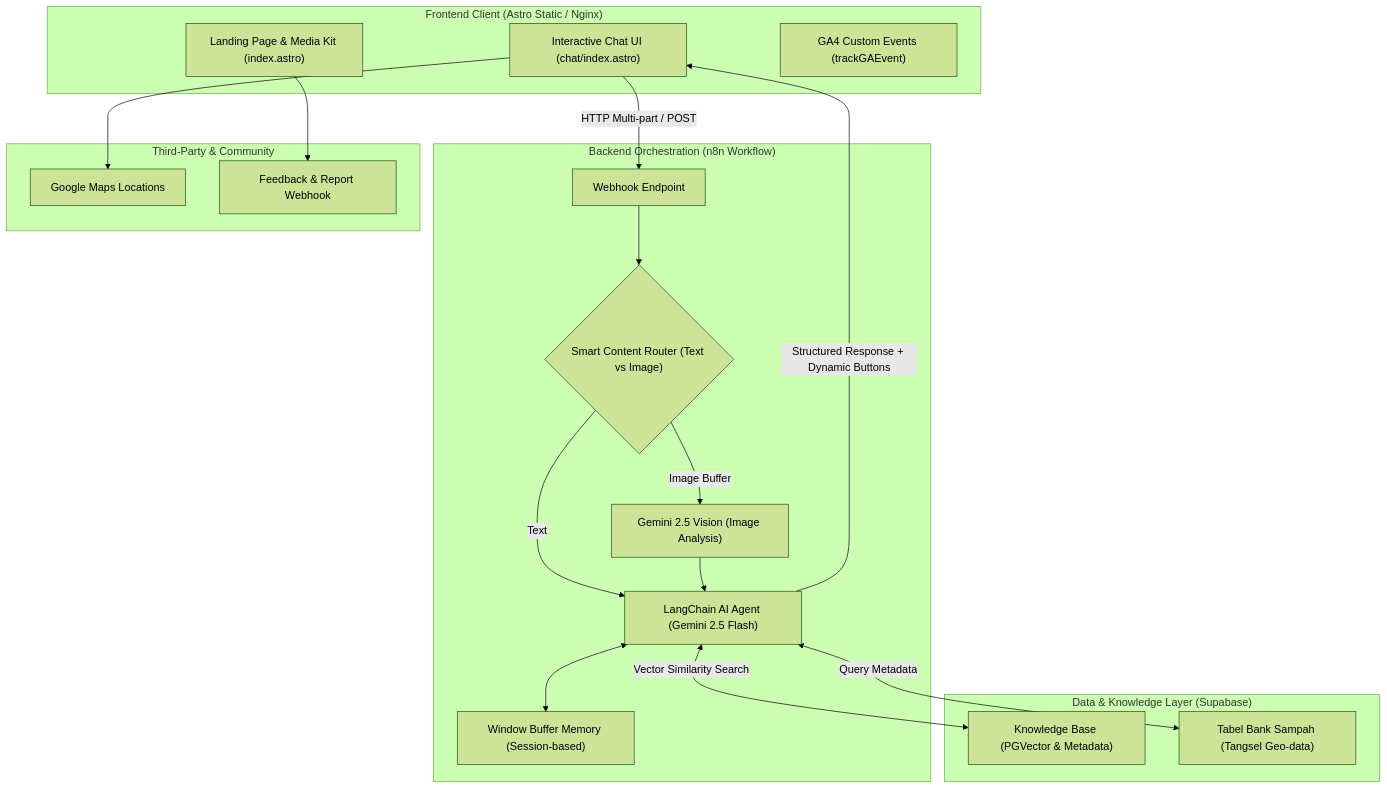
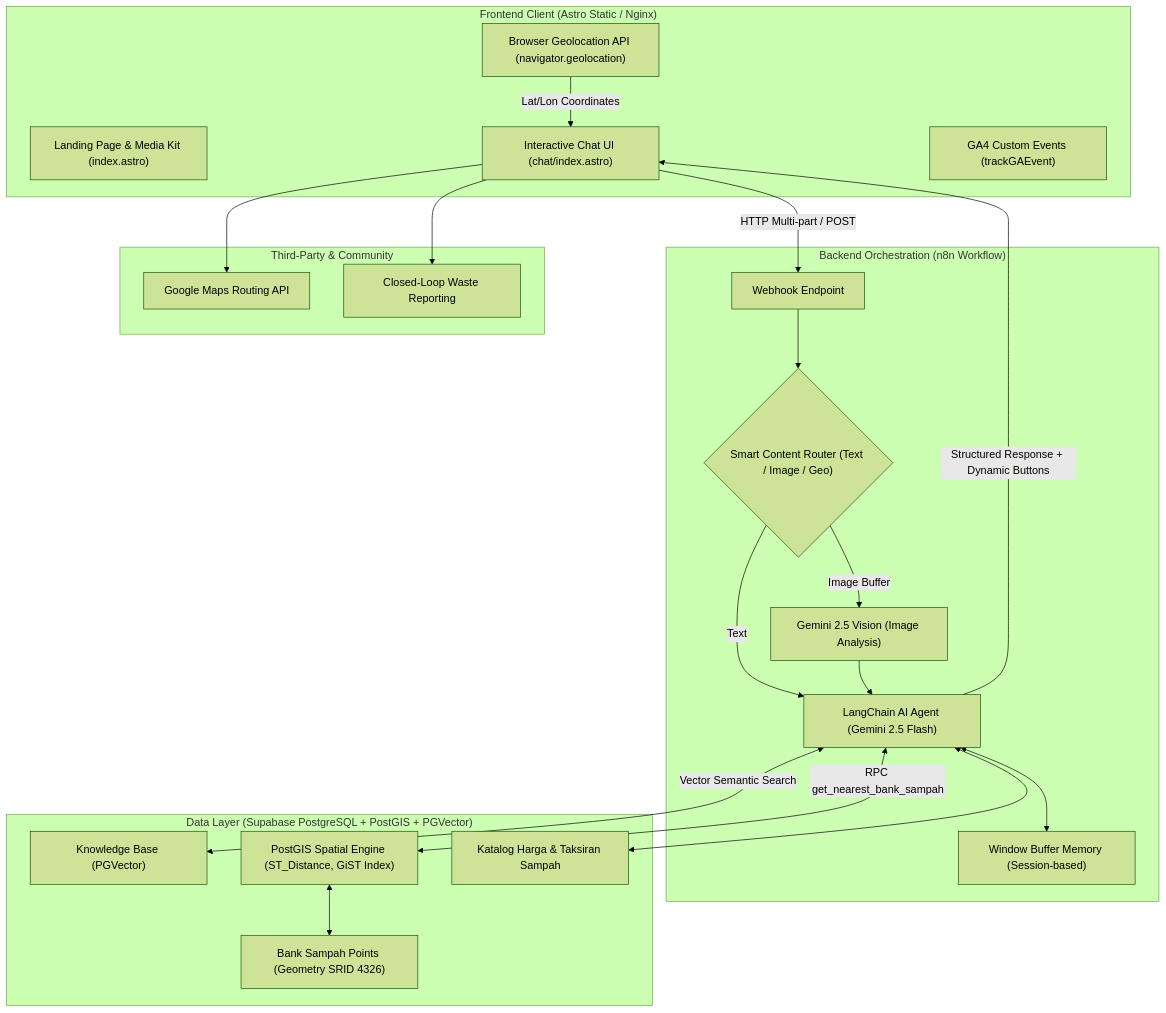
Before and after one commit to itsdvvn/lisa-chatbot-web: the first of 3 diagrams in LISA_ACTION_DRIVEN_TRANSFORMATION_PLAN.md, drawn with Mermaid (forest theme). The commit also changed other lines of this file, not shown here.

Commit message:
docs: add PostGIS spatial architecture and developer qualitative research protocol

````diff
--- a/LISA_ACTION_DRIVEN_TRANSFORMATION_PLAN.md
+++ b/LISA_ACTION_DRIVEN_TRANSFORMATION_PLAN.md
@@ -11,38 +11,44 @@
 ```mermaid
 flowchart TD
     subgraph Frontend["Frontend Client (Astro Static / Nginx)"]
         UI_Web["Landing Page & Media Kit (index.astro)"]
         UI_Chat["Interactive Chat UI (chat/index.astro)"]
+        GeoLoc["Browser Geolocation API (navigator.geolocation)"]
         Track["GA4 Custom Events (trackGAEvent)"]
     end
 
     subgraph Automation["Backend Orchestration (n8n Workflow)"]
         WH["Webhook Endpoint"]
-        Router{"Smart Content Router (Text vs Image)"}
+        Router{"Smart Content Router (Text / Image / Geo)"}
         Memory["Window Buffer Memory (Session-based)"]
         VisionAI["Gemini 2.5 Vision (Image Analysis)"]
         Agent["LangChain AI Agent (Gemini 2.5 Flash)"]
     end
 
-    subgraph DataStore["Data & Knowledge Layer (Supabase)"]
-        KB["Knowledge Base (PGVector & Metadata)"]
-        BankSampah["Tabel Bank Sampah (Tangsel Geo-data)"]
+    subgraph DataStore["Data Layer (Supabase PostgreSQL + PostGIS + PGVector)"]
+        KB["Knowledge Base (PGVector)"]
+        PostGIS["PostGIS Spatial Engine (ST_Distance, GiST Index)"]
+        Valuation["Katalog Harga & Taksiran Sampah"]
+        BankSampah["Bank Sampah Points (Geometry SRID 4326)"]
     end
 
     subgraph Integrations["Third-Party & Community"]
-        GMaps["Google Maps Locations"]
-        Forms["Feedback & Report Webhook"]
+        GMaps["Google Maps Routing API"]
+        Reports["Closed-Loop Waste Reporting"]
     end
 
     UI_Chat -->|HTTP Multi-part / POST| WH
+    GeoLoc -->|Lat/Lon Coordinates| UI_Chat
     WH --> Router
     Router -->|Text| Agent
     Router -->|Image Buffer| VisionAI
     VisionAI --> Agent
-    Agent <-->|Vector Similarity Search| KB
-    Agent <-->|Query Metadata| BankSampah
+    Agent <-->|Vector Semantic Search| KB
+    Agent <-->|RPC get_nearest_bank_sampah| PostGIS
+    PostGIS <--> BankSampah
+    Agent <--> Valuation
     Agent <--> Memory
     Agent -->|Structured Response + Dynamic Buttons| UI_Chat
-    UI_Web --> Forms
     UI_Chat --> GMaps
+    UI_Chat --> Reports
 ```
````
